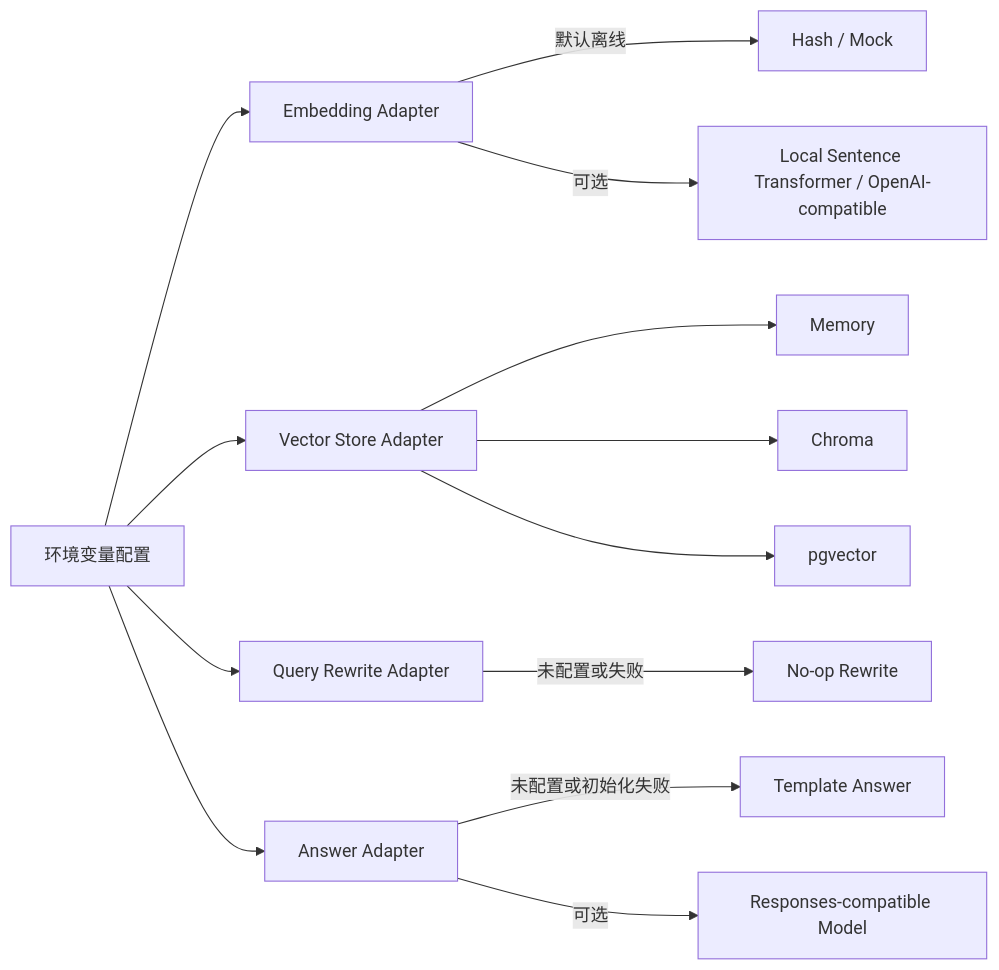
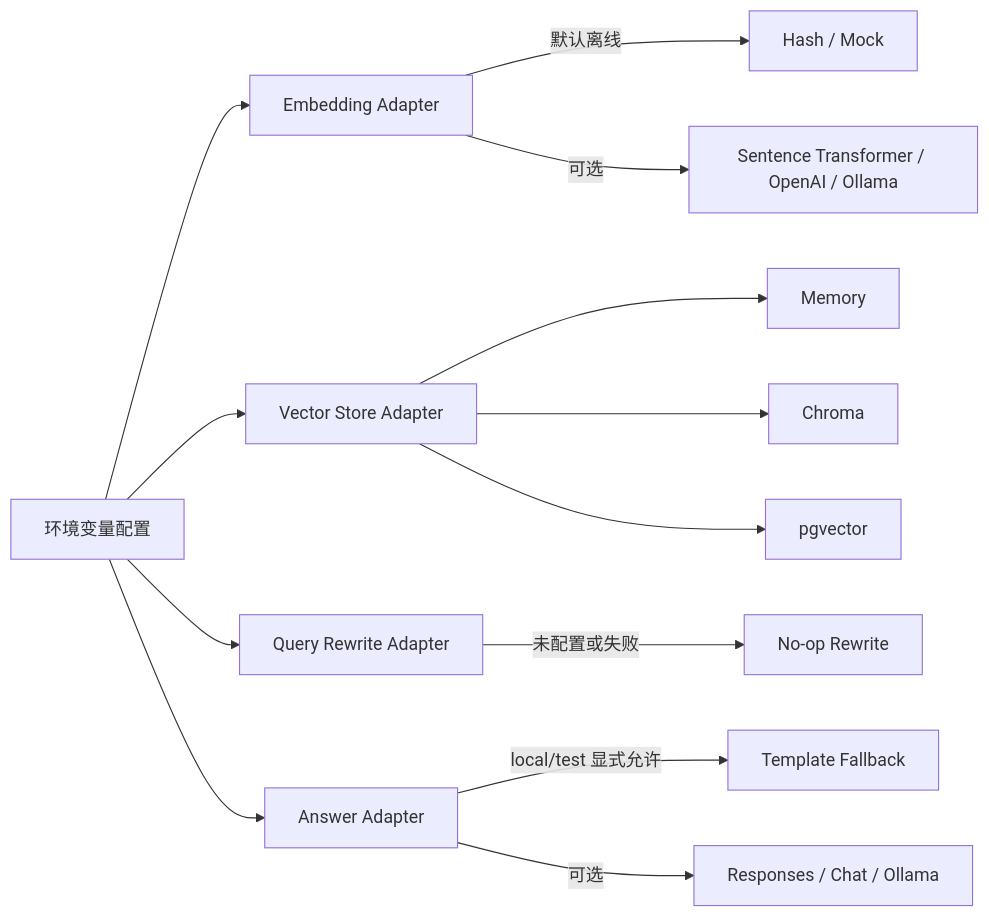
Before and after one commit to 728792899-create/personal-multimodal-rag: the fifth of 5 diagrams in docs/architecture.md, drawn with Mermaid. The commit also changed other lines of this file and 91 other files, not shown here.

````diff
--- a/docs/architecture.md
+++ b/docs/architecture.md
@@ -155,16 +166,16 @@
 ```mermaid
 flowchart LR
   CFG["环境变量配置"] --> EMB["Embedding Adapter"]
   CFG --> VS["Vector Store Adapter"]
   CFG --> RW["Query Rewrite Adapter"]
   CFG --> AG["Answer Adapter"]
 
   EMB -->|"默认离线"| MOCK["Hash / Mock"]
-  EMB -->|"可选"| REAL_EMB["Local Sentence Transformer / OpenAI-compatible"]
+  EMB -->|"可选"| REAL_EMB["Sentence Transformer / OpenAI / Ollama"]
   VS --> MEMORY["Memory"]
   VS --> CHROMA["Chroma"]
   VS --> PG["pgvector"]
   RW -->|"未配置或失败"| NOOP["No-op Rewrite"]
-  AG -->|"未配置或初始化失败"| TEMPLATE["Template Answer"]
-  AG -->|"可选"| RESPONSES["Responses-compatible Model"]
+  AG -->|"local/test 显式允许"| TEMPLATE["Template Fallback"]
+  AG -->|"可选"| RESPONSES["Responses / Chat / Ollama"]
 ```
````
